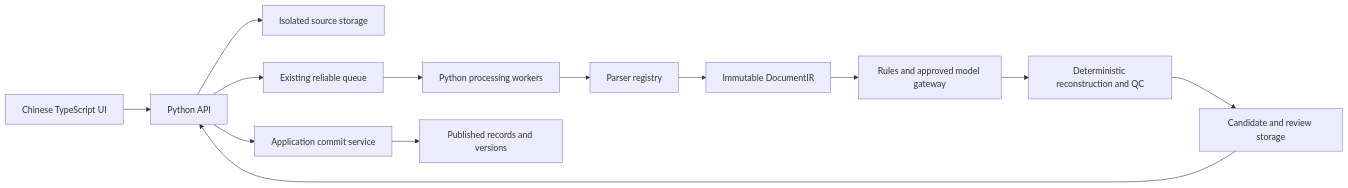
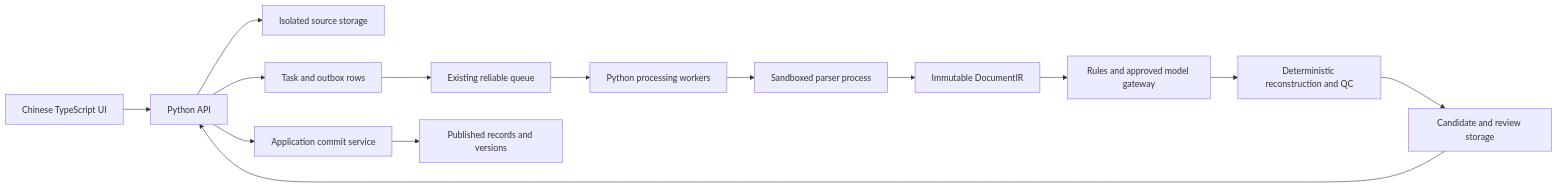
Before and after one commit to PyRo-Blaster/sequence_vault: the diagram in docs/architecture.md, drawn with Mermaid. The commit also changed other lines of this file and 19 other files, not shown here.

````diff
--- a/docs/architecture.md
+++ b/docs/architecture.md
@@ -7,15 +7,16 @@
 ```mermaid
 flowchart LR
   Web[Chinese TypeScript UI] --> API[Python API]
   API --> Isolated[Isolated source storage]
-  API --> Queue[Existing reliable queue]
+  API --> Outbox[Task and outbox rows]
+  Outbox --> Queue[Existing reliable queue]
   Queue --> Workers[Python processing workers]
-  Workers --> Parser[Parser registry]
+  Workers --> Parser[Sandboxed parser process]
   Parser --> IR[Immutable DocumentIR]
   IR --> Extraction[Rules and approved model gateway]
   Extraction --> QC[Deterministic reconstruction and QC]
   QC --> Candidates[Candidate and review storage]
   Candidates --> API
   API --> Commit[Application commit service]
   Commit --> Published[Published records and versions]
 ```
````
